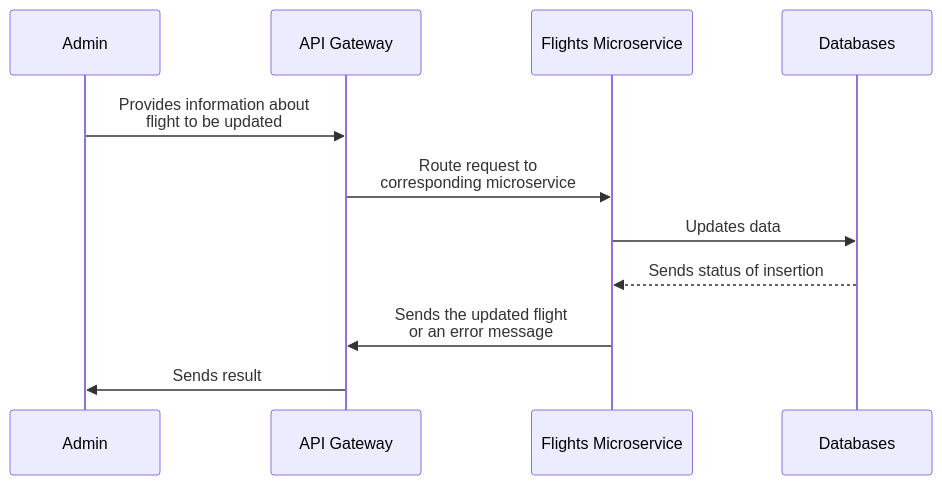
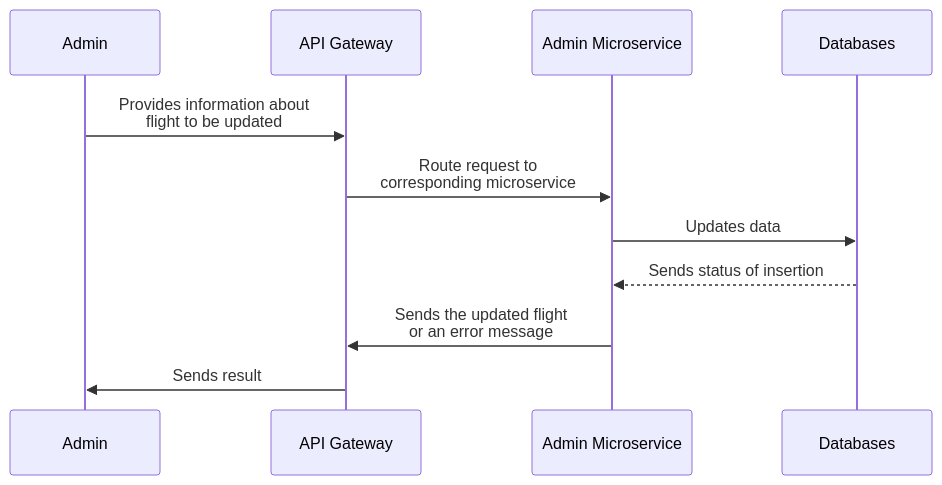
One commit to selous1/FlightsData changed the seventh of 8 diagrams in proj-information.md. Above: the diagram before and after it, drawn with Mermaid. The commit also changed other lines of this file, not shown here.

````diff
--- a/proj-information.md
+++ b/proj-information.md
@@ -130,12 +152,12 @@
 ```mermaid
 
 sequenceDiagram
 
   Admin->>API Gateway: Provides information about <br> flight to be updated
-	API Gateway->>Flights Microservice: Route request to <br> corresponding microservice
-  Flights Microservice->>Databases: Updates data
-	Databases-->>Flights Microservice: Sends status of insertion
-  Flights Microservice->>API Gateway: Sends the updated flight <br> or an error message
+	API Gateway->>Admin Microservice: Route request to <br> corresponding microservice
+  Admin Microservice->>Databases: Updates data
+	Databases-->>Admin Microservice: Sends status of insertion
+  Admin Microservice->>API Gateway: Sends the updated flight <br> or an error message
   API Gateway->>Admin: Sends result
 
 ```
````
